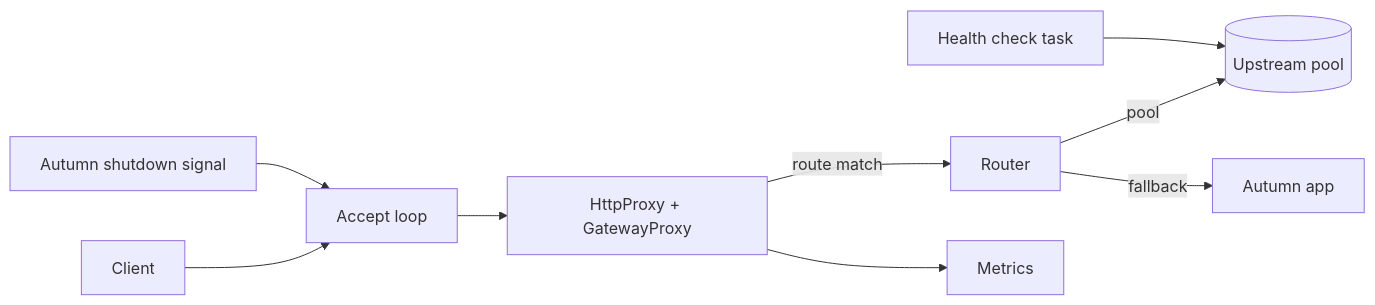
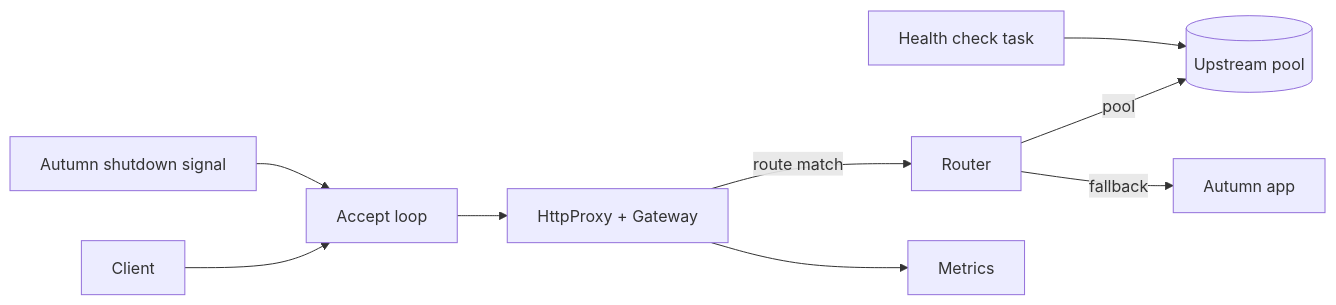
One commit to autumn-foundation/autumn-plugin-pingora changed the diagram in docs/plan.md. Above: the diagram before and after it, drawn with Mermaid. The commit also changed other lines of this file and 28 other files, not shown here.

````diff
--- a/docs/plan.md
+++ b/docs/plan.md
@@ -153,11 +173,11 @@
 ```mermaid
 flowchart LR
   C[Client] --> L[Accept loop]
-  L --> P[HttpProxy + GatewayProxy]
+  L --> P[HttpProxy + Gateway]
   P -->|route match| R[Router]
   R -->|pool| U1[(Upstream pool)]
   R -->|fallback| A[Autumn app]
   HC[Health check task] --> U1
   P --> M[Metrics]
   S[Autumn shutdown signal] --> L
 ```
````
